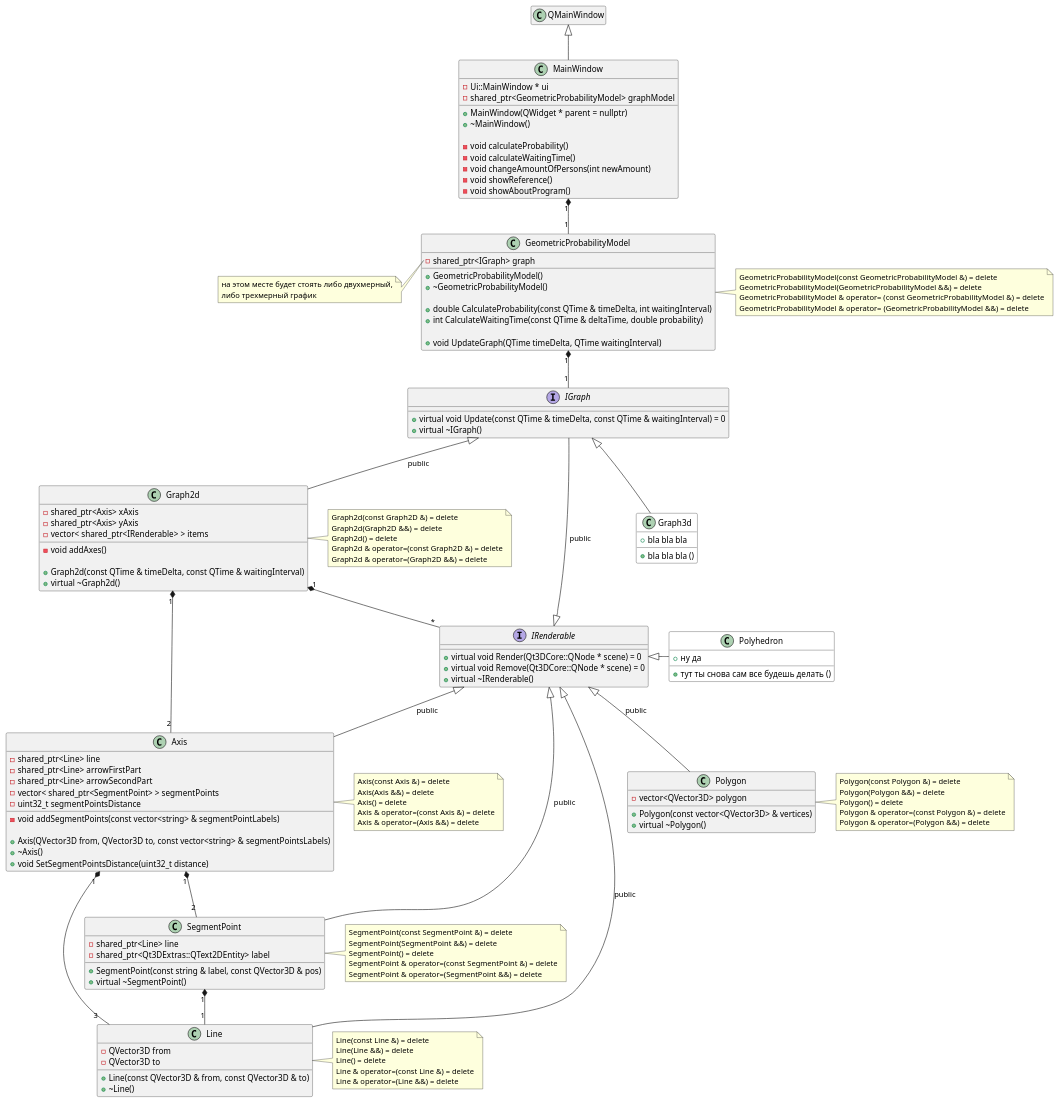
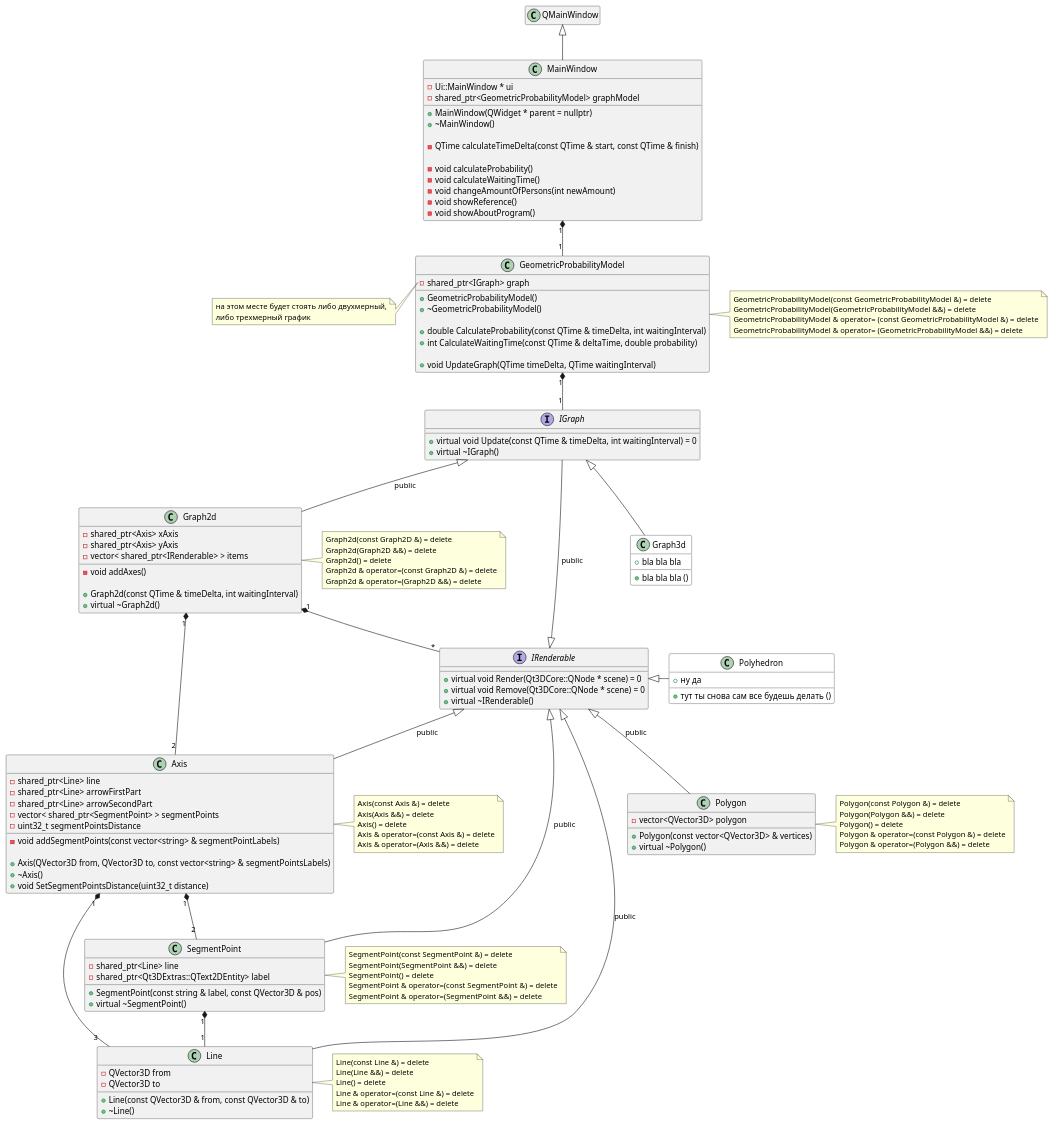
Before and after one commit to HandsAndKeyboards/AppointmentProblem: the diagram in doc/graph2d class.puml, drawn with PlantUML. The commit also changed 1 other file, not shown here.

```diff
--- a/doc/graph2d class.puml
+++ b/doc/graph2d class.puml
@@ -1,189 +1,191 @@
 @startuml 
 
 'https://plantuml.com/class-diagram
 
 class MainWindow {
     - Ui::MainWindow * ui
     - shared_ptr<GeometricProbabilityModel> graphModel
 
     + MainWindow(QWidget * parent = nullptr)
     + ~MainWindow()
+
+    - QTime calculateTimeDelta(const QTime & start, const QTime & finish)
 
     - void calculateProbability()
     - void calculateWaitingTime()
     - void changeAmountOfPersons(int newAmount)
     - void showReference()
     - void showAboutProgram()
 }
 QMainWindow <|-- MainWindow
 hide QMainWindow members
 
 
 
 class GeometricProbabilityModel {
     - shared_ptr<IGraph> graph
 
     + GeometricProbabilityModel()
     + ~GeometricProbabilityModel()
 
     + double CalculateProbability(const QTime & timeDelta, int waitingInterval)
     + int CalculateWaitingTime(const QTime & deltaTime, double probability)
 
     + void UpdateGraph(QTime timeDelta, QTime waitingInterval)
 }
 MainWindow "1" *-- "1" GeometricProbabilityModel
 note left of GeometricProbabilityModel::"graph"
     на этом месте будет стоять либо двухмерный,
     либо трехмерный график
 end note
 note right of GeometricProbabilityModel
     GeometricProbabilityModel(const GeometricProbabilityModel &) = delete
     GeometricProbabilityModel(GeometricProbabilityModel &&) = delete
     GeometricProbabilityModel & operator= (const GeometricProbabilityModel &) = delete
     GeometricProbabilityModel & operator= (GeometricProbabilityModel &&) = delete
 end note
 
 
 
 interface IGraph {
-    + virtual void Update(const QTime & timeDelta, const QTime & waitingInterval) = 0
+    + virtual void Update(const QTime & timeDelta, int waitingInterval) = 0
     + virtual ~IGraph()
 }
 IRenderable <|-- IGraph : public
 GeometricProbabilityModel "1" *-- "1" IGraph
 note left of IGraph::"mainFigure"
     основная фигура, характеризующая
     геометрическую вероятность
 end note
 note left of IGraph::"boundingFigure"
     фигура, ограничивающая основную
 end note
 
 
 
 class Graph2d {
     - shared_ptr<Axis> xAxis
     - shared_ptr<Axis> yAxis
     - vector< shared_ptr<IRenderable> > items
 
     - void addAxes()
 
-    + Graph2d(const QTime & timeDelta, const QTime & waitingInterval)
+    + Graph2d(const QTime & timeDelta, int waitingInterval)
     + virtual ~Graph2d()
 }
 IGraph <|-- Graph2d : public
 note right of Graph2d
     Graph2d(const Graph2D &) = delete
     Graph2d(Graph2D &&) = delete
     Graph2d() = delete
     Graph2d & operator=(const Graph2D &) = delete
     Graph2d & operator=(Graph2D &&) = delete
 end note
 
 
 
 class Graph3d #white { /' #white окрашивает объект в белый цвет '/
     + bla bla bla
     + bla bla bla ()
 }
 IGraph <|-- Graph3d
 
 
 
 class Axis {
     - shared_ptr<Line> line
     - shared_ptr<Line> arrowFirstPart
     - shared_ptr<Line> arrowSecondPart
     - vector< shared_ptr<SegmentPoint> > segmentPoints
     - uint32_t segmentPointsDistance
 
     - void addSegmentPoints(const vector<string> & segmentPointLabels)
 
     + Axis(QVector3D from, QVector3D to, const vector<string> & segmentPointsLabels)
     + ~Axis()
     + void SetSegmentPointsDistance(uint32_t distance)
 }
 IRenderable <|-- Axis : public
 Graph2d "1" *-- "2" Axis
 note right of Axis
     Axis(const Axis &) = delete
     Axis(Axis &&) = delete
     Axis() = delete
     Axis & operator=(const Axis &) = delete
     Axis & operator=(Axis &&) = delete
 end note
 
 
 
 class SegmentPoint {
     - shared_ptr<Line> line
     - shared_ptr<Qt3DExtras::QText2DEntity> label
 
     + SegmentPoint(const string & label, const QVector3D & pos)
     + virtual ~SegmentPoint()
 }
 IRenderable <|-- SegmentPoint : public
 Axis "1" *-- "2" SegmentPoint
 note right of SegmentPoint
     SegmentPoint(const SegmentPoint &) = delete
     SegmentPoint(SegmentPoint &&) = delete
     SegmentPoint() = delete
     SegmentPoint & operator=(const SegmentPoint &) = delete
     SegmentPoint & operator=(SegmentPoint &&) = delete
 end note
 
 
 
 class Polygon {
     - vector<QVector3D> polygon
 
     + Polygon(const vector<QVector3D> & vertices)
     + virtual ~Polygon()
 }
 IRenderable <|-- Polygon : public
 note right of Polygon
     Polygon(const Polygon &) = delete
     Polygon(Polygon &&) = delete
     Polygon() = delete
     Polygon & operator=(const Polygon &) = delete
     Polygon & operator=(Polygon &&) = delete
 end note
 
 
 
 class Polyhedron #white { /' #white окрашивает объект в белый цвет '/
     + ну да
     + тут ты снова сам все будешь делать ()
 }
 IRenderable <|- Polyhedron
 
 
 
 interface IRenderable {
     + virtual void Render(Qt3DCore::QNode * scene) = 0
     + virtual void Remove(Qt3DCore::QNode * scene) = 0
     + virtual ~IRenderable()
 }
 IGraph -[hidden]- IRenderable
 Graph2d "1" *-- "*" IRenderable
 
 
 class Line {
     - QVector3D from
     - QVector3D to
 
     + Line(const QVector3D & from, const QVector3D & to)
     + ~Line()
 }
 IRenderable <|-- Line : public
 SegmentPoint "1" *-- "1" Line
 Axis "1" *-- "3" Line
 note right of Line
     Line(const Line &) = delete
     Line(Line &&) = delete
     Line() = delete
     Line & operator=(const Line &) = delete
     Line & operator=(Line &&) = delete
 end note
 
 @enduml
```
